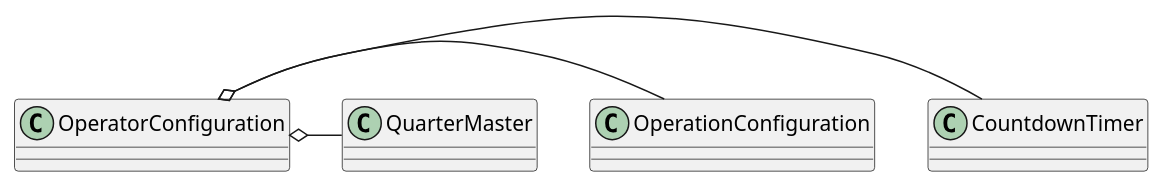
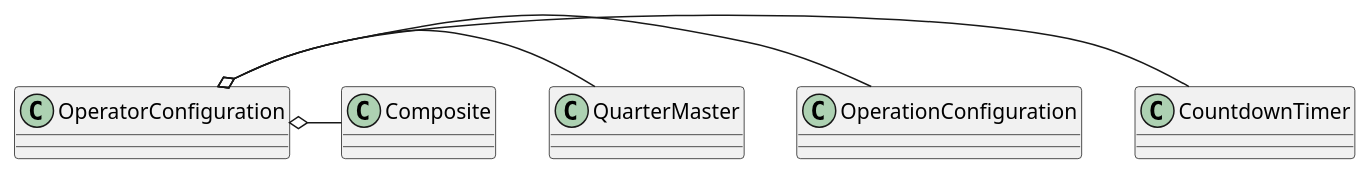
The fourth of 7 diagrams in ape/plugins/apeplugin.rst (russell-n/theape), drawn with PlantUML before and after one commit. The commit also changed other lines of this file and 29 other files, not shown here.

```diff
--- a/ape/plugins/apeplugin.rst
+++ b/ape/plugins/apeplugin.rst
@@ -158,5 +162,6 @@
 .. uml::
 
    OperatorConfiguration o- CountdownTimer
    OperatorConfiguration o- OperationConfiguration
    OperatorConfiguration o- QuarterMaster
+   OperatorConfiguration o- Composite
```
